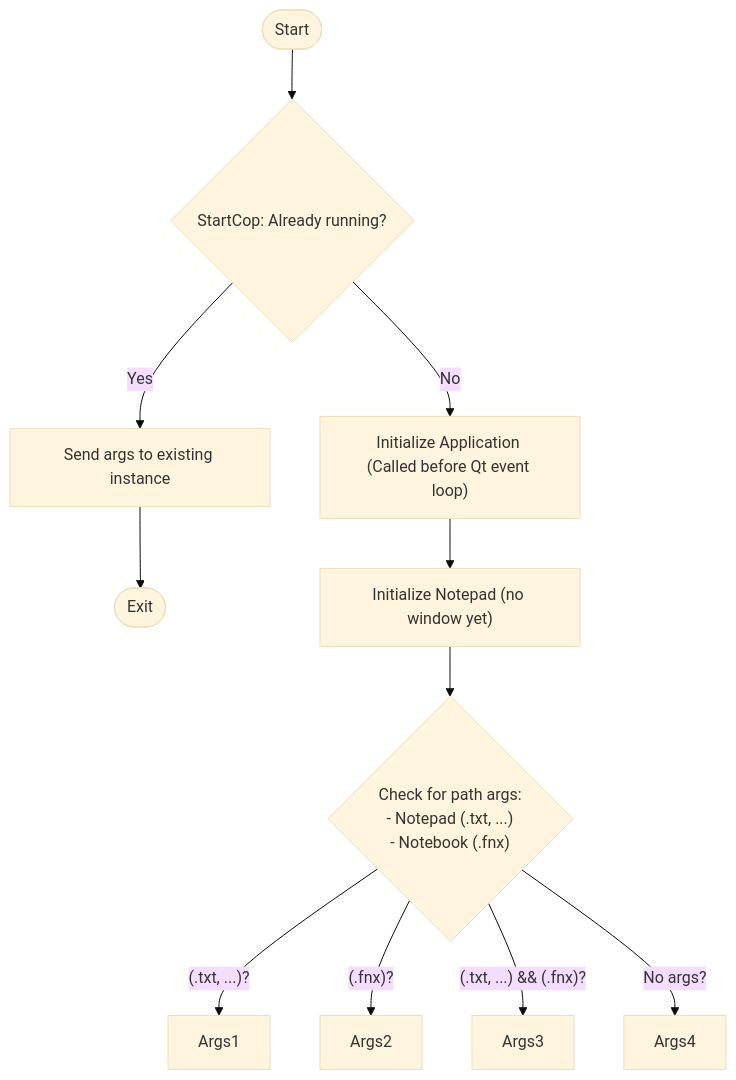
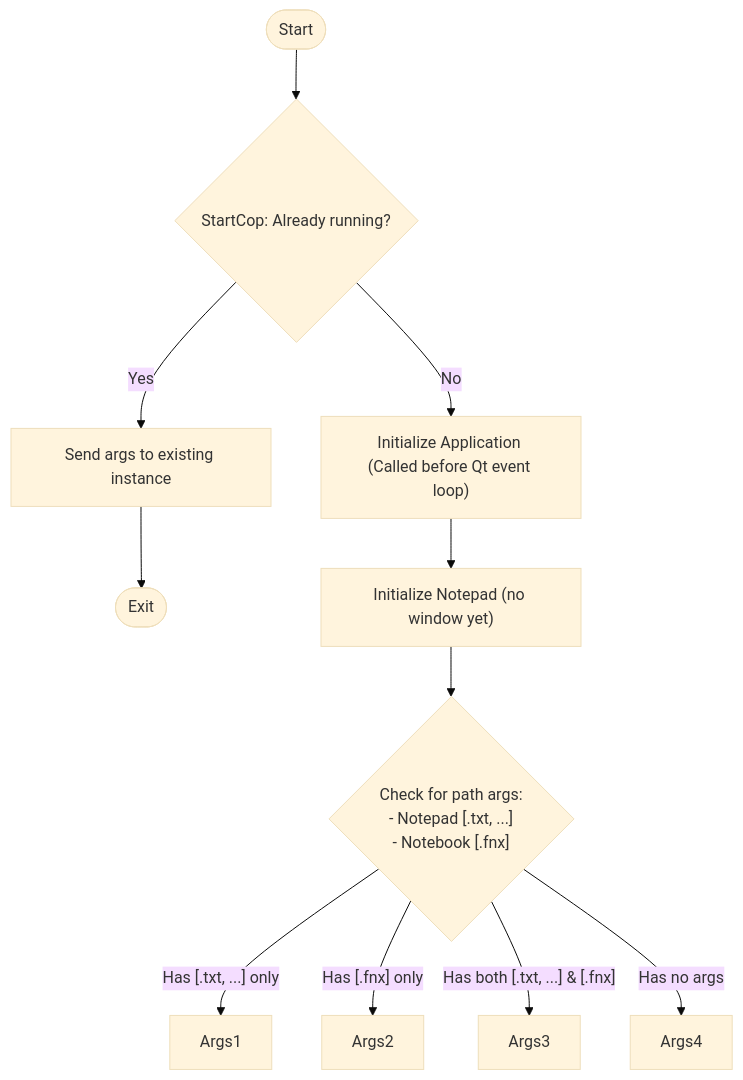
Before and after one commit to fairybow/Fernanda: the diagram in Fernanda/docs/StartupFlowchart.md, drawn with Mermaid (base theme).

````diff
--- a/Fernanda/docs/StartupFlowchart.md
+++ b/Fernanda/docs/StartupFlowchart.md
@@ -3,15 +3,15 @@
 ```mermaid
 flowchart TD
-    Start([Start]) --> StartCop{StartCop: Already running?}
-    StartCop -->|Yes| SendArgs[Send args to existing instance]
-    SendArgs --> Exit1([Exit])
+    Start([Start]) --> StartCop{"StartCop: Already running?"}
+    StartCop -->|Yes| SendArgs["Send args to existing instance"]
+    SendArgs --> Exit1(["Exit"])
     StartCop -->|No| InitApp["Initialize Application (Called before Qt event loop)"]
 
     InitApp --> InitNotepad["Initialize Notepad (no window yet)"]
-    InitNotepad --> CheckArgs{"Check for path args:<br>- Notepad (.txt, ...)<br>- Notebook (.fnx)"}
+    InitNotepad --> CheckArgs{"Check for path args:<br>- Notepad [.txt, ...]<br>- Notebook [.fnx]"}
 
-    CheckArgs -->|"(.txt, ...)?"| Args1
-    CheckArgs -->|"(.fnx)?"| Args2
-    CheckArgs -->|"(.txt, ...) && (.fnx)?"| Args3
-    CheckArgs -->|"No args?"| Args4
+    CheckArgs -->|"Has [.txt, ...] only"| Args1
+    CheckArgs -->|"Has [.fnx] only"| Args2
+    CheckArgs -->|"Has both [.txt, ...] & [.fnx]"| Args3
+    CheckArgs -->|"Has no args"| Args4
 ```
````
